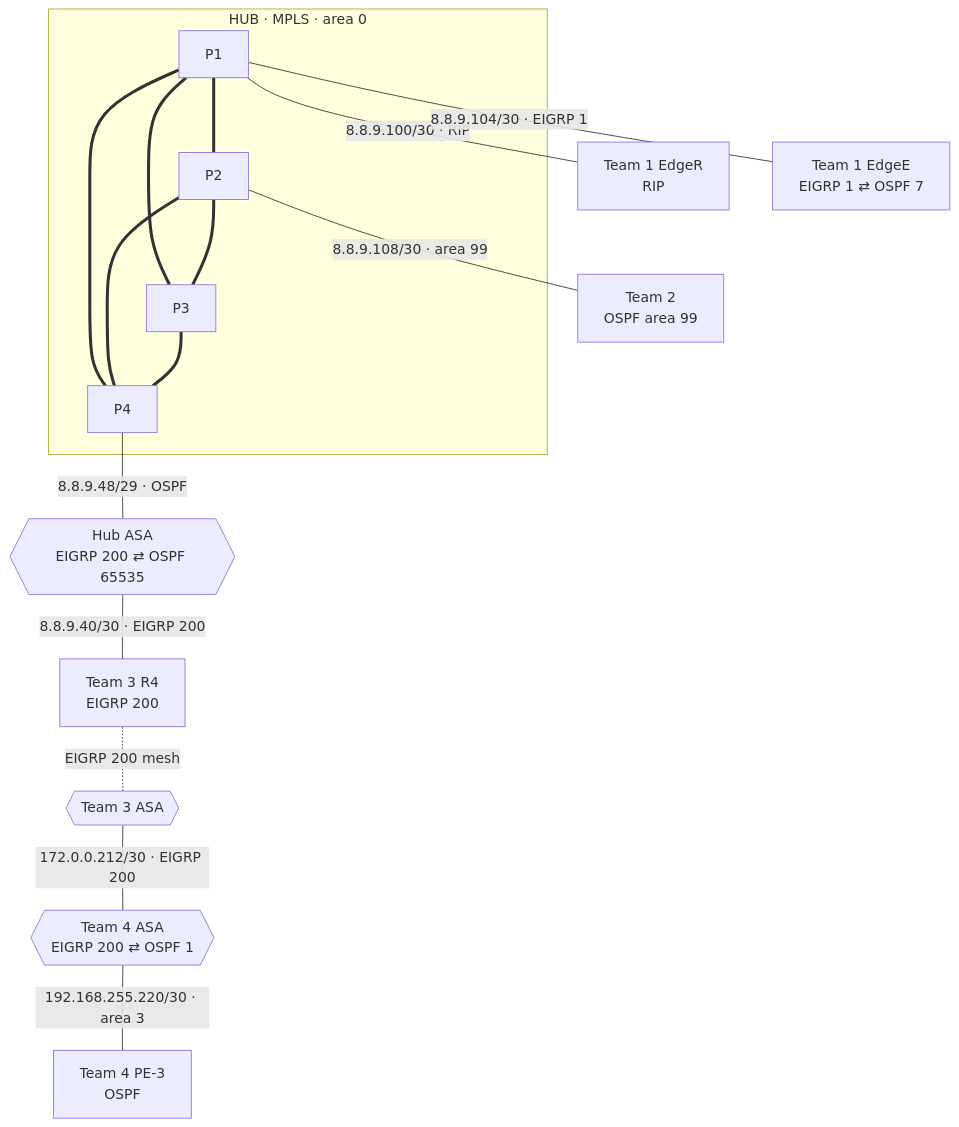
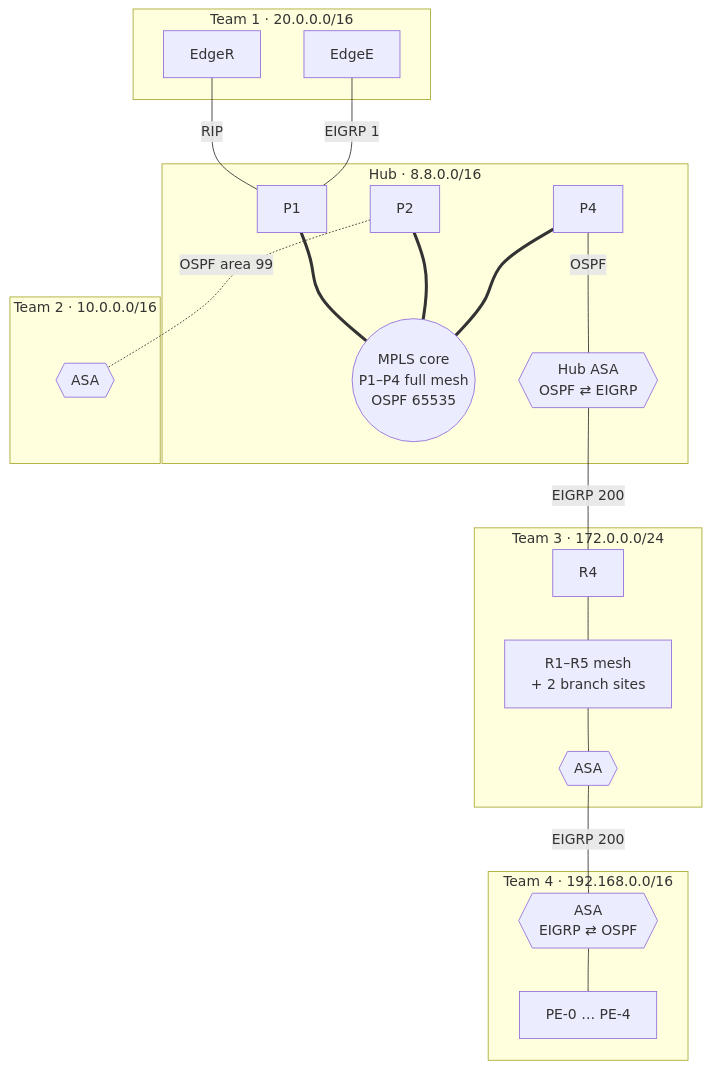
One commit to dhynh279/encor-labs changed the diagram in project-lattice/README.md. Above: the diagram before and after it, drawn with Mermaid. The commit also changed other lines of this file and 18 other files, not shown here.

First line of the commit message:
Simplify Project Lattice WAN diagram; re-render diagram PNGs

````diff
--- a/project-lattice/README.md
+++ b/project-lattice/README.md
@@ -15,29 +15,42 @@
 ```mermaid
 flowchart TB
-    subgraph HUB["HUB · MPLS · area 0"]
-        P1["P1"] === P2["P2"]
-        P1 === P3["P3"]
-        P1 === P4["P4"]
-        P2 === P3
-        P2 === P4
-        P3 === P4
+    subgraph T1["Team 1 · 20.0.0.0/16"]
+        ER["EdgeR"]
+        EE["EdgeE"]
     end
 
-    T1R["Team 1 EdgeR<br/>RIP"]
-    T1E["Team 1 EdgeE<br/>EIGRP 1 ⇄ OSPF 7"]
-    T2["Team 2<br/>OSPF area 99"]
-    HASA{{"Hub ASA<br/>EIGRP 200 ⇄ OSPF 65535"}}
-    T3["Team 3 R4<br/>EIGRP 200"]
-    T3ASA{{"Team 3 ASA"}}
-    T4ASA{{"Team 4 ASA<br/>EIGRP 200 ⇄ OSPF 1"}}
-    T4["Team 4 PE-3<br/>OSPF"]
+    subgraph HUB["Hub · 8.8.0.0/16"]
+        P1["P1"]
+        CORE(("MPLS core<br/>P1–P4 full mesh<br/>OSPF 65535"))
+        P2["P2"]
+        P4["P4"]
+        HASA{{"Hub ASA<br/>OSPF ⇄ EIGRP"}}
+    end
 
-    P1 ---|"8.8.9.100/30 · RIP"| T1R
-    P1 ---|"8.8.9.104/30 · EIGRP 1"| T1E
-    P2 ---|"8.8.9.108/30 · area 99"| T2
-    P4 ---|"8.8.9.48/29 · OSPF"| HASA
-    HASA ---|"8.8.9.40/30 · EIGRP 200"| T3
-    T3 -.-|"EIGRP 200 mesh"| T3ASA
-    T3ASA ---|"172.0.0.212/30 · EIGRP 200"| T4ASA
-    T4ASA ---|"192.168.255.220/30 · area 3"| T4
+    subgraph T2["Team 2 · 10.0.0.0/16"]
+        T2ASA{{"ASA"}}
+    end
+
+    subgraph T3["Team 3 · 172.0.0.0/24"]
+        R4["R4"]
+        MESH["R1–R5 mesh<br/>+ 2 branch sites"]
+        T3ASA{{"ASA"}}
+    end
+
+    subgraph T4["Team 4 · 192.168.0.0/16"]
+        T4ASA{{"ASA<br/>EIGRP ⇄ OSPF"}}
+        PE["PE-0 … PE-4"]
+    end
+
+    ER ---|"RIP"| P1
+    EE ---|"EIGRP 1"| P1
+    P1 === CORE
+    P2 === CORE
+    P4 === CORE
+    P2 -.-|"OSPF area 99"| T2ASA
+    P4 ---|"OSPF"| HASA
+    HASA ---|"EIGRP 200"| R4
+    R4 --- MESH --- T3ASA
+    T3ASA ---|"EIGRP 200"| T4ASA
+    T4ASA --- PE
 ```
````
